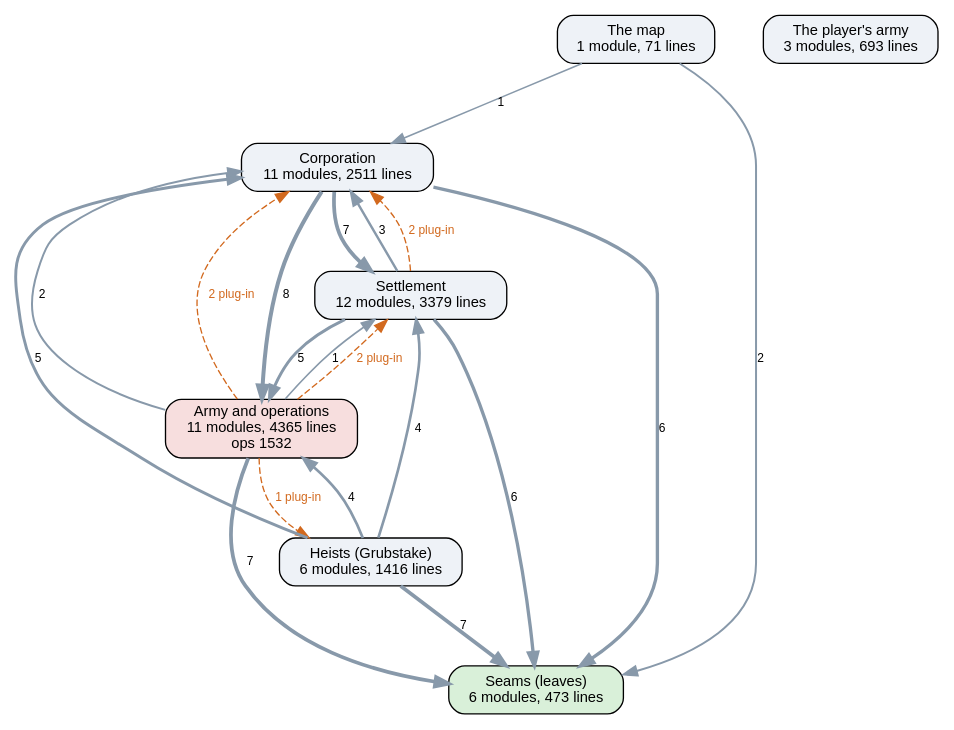
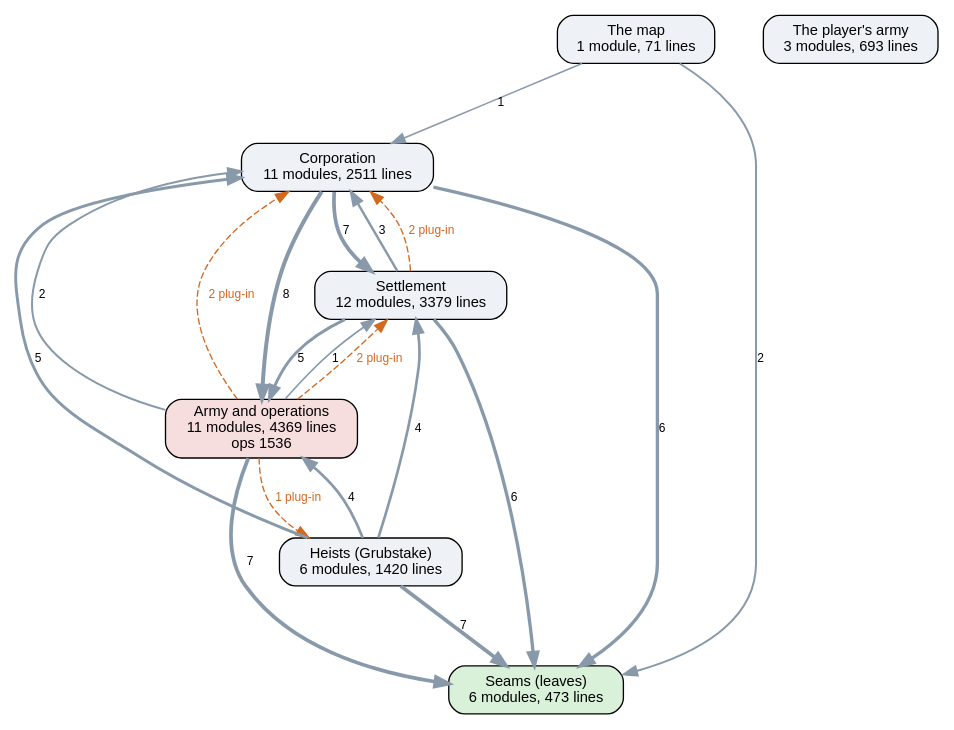
Before and after one commit to kinelhu/landing-party: the diagram in docs/ai-layers.dot, drawn with Graphviz. The commit also changed 13 other files, not shown here.

```diff
--- a/docs/ai-layers.dot
+++ b/docs/ai-layers.dot
@@ -1,31 +1,31 @@
 digraph layers {
   graph [rankdir=TB, fontname="Helvetica", nodesep=0.5, ranksep=0.7];
   node [shape=box, style="rounded,filled", fontname="Helvetica", fontsize=11, fillcolor="#eef2f7"];
   edge [color="#8899aa", fontname="Helvetica", fontsize=9];
   "Seams (leaves)" [label="Seams (leaves)\n6 modules, 473 lines", fillcolor="#d9f0d9"];
   "Corporation" [label="Corporation\n11 modules, 2511 lines", fillcolor="#eef2f7"];
   "Settlement" [label="Settlement\n12 modules, 3379 lines", fillcolor="#eef2f7"];
-  "Army and operations" [label="Army and operations\n11 modules, 4365 lines\nops 1532", fillcolor="#f7dede"];
-  "Heists (Grubstake)" [label="Heists (Grubstake)\n6 modules, 1416 lines", fillcolor="#eef2f7"];
+  "Army and operations" [label="Army and operations\n11 modules, 4369 lines\nops 1536", fillcolor="#f7dede"];
+  "Heists (Grubstake)" [label="Heists (Grubstake)\n6 modules, 1420 lines", fillcolor="#eef2f7"];
   "The map" [label="The map\n1 module, 71 lines", fillcolor="#eef2f7"];
   "The player's army" [label="The player's army\n3 modules, 693 lines", fillcolor="#eef2f7"];
   "Army and operations" -> "Corporation" [label="2", penwidth=1.5];
   "Army and operations" -> "Seams (leaves)" [label="7", penwidth=2.8];
   "Army and operations" -> "Settlement" [label="1", penwidth=1.2];
   "Corporation" -> "Army and operations" [label="8", penwidth=3.0];
   "Corporation" -> "Seams (leaves)" [label="6", penwidth=2.5];
   "Corporation" -> "Settlement" [label="7", penwidth=2.8];
   "Heists (Grubstake)" -> "Army and operations" [label="4", penwidth=2.0];
   "Heists (Grubstake)" -> "Corporation" [label="5", penwidth=2.2];
   "Heists (Grubstake)" -> "Seams (leaves)" [label="7", penwidth=2.8];
   "Heists (Grubstake)" -> "Settlement" [label="4", penwidth=2.0];
   "Settlement" -> "Army and operations" [label="5", penwidth=2.2];
   "Settlement" -> "Corporation" [label="3", penwidth=1.8];
   "Settlement" -> "Seams (leaves)" [label="6", penwidth=2.5];
   "The map" -> "Corporation" [label="1", penwidth=1.2];
   "The map" -> "Seams (leaves)" [label="2", penwidth=1.5];
   "Army and operations" -> "Corporation" [style=dashed, color="#d2691e", fontcolor="#d2691e", label="2 plug-in"];
   "Army and operations" -> "Heists (Grubstake)" [style=dashed, color="#d2691e", fontcolor="#d2691e", label="1 plug-in"];
   "Army and operations" -> "Settlement" [style=dashed, color="#d2691e", fontcolor="#d2691e", label="2 plug-in"];
   "Settlement" -> "Corporation" [style=dashed, color="#d2691e", fontcolor="#d2691e", label="2 plug-in"];
 }
```
